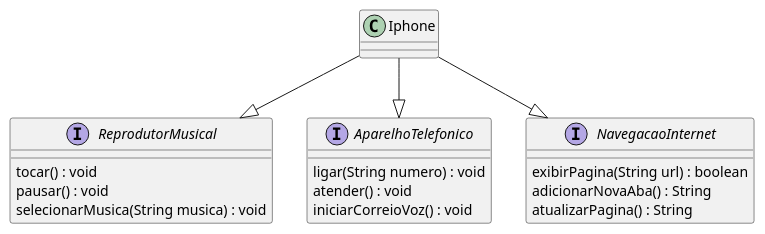
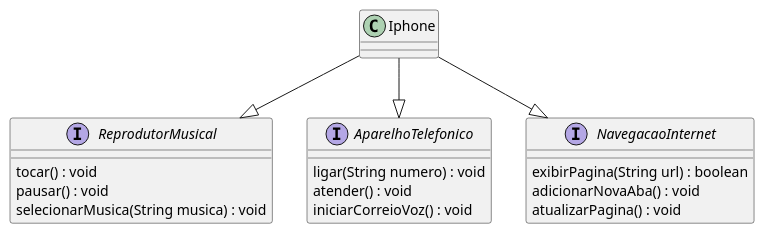
The diagram in Projetos/ProjetoIphone/uml/class.puml (anthonnylima/Dio-trilha_JavaBasico), drawn with PlantUML before and after one commit.

```diff
--- a/Projetos/ProjetoIphone/uml/class.puml
+++ b/Projetos/ProjetoIphone/uml/class.puml
@@ -1,32 +1,32 @@
 @startuml
 
 class Iphone
 
 
 interface ReprodutorMusical
 interface AparelhoTelefonico
 interface NavegacaoInternet
 
 interface ReprodutorMusical{
     tocar() : void
     pausar() : void
     selecionarMusica(String musica) : void
 }
 
 interface AparelhoTelefonico{
     ligar(String numero) : void
     atender() : void
     iniciarCorreioVoz() : void
 }
 
 interface NavegacaoInternet{
     exibirPagina(String url) : boolean
-    adicionarNovaAba() : String
-    atualizarPagina() : String
+    adicionarNovaAba() : void
+    atualizarPagina() : void
 }
 
 Iphone--|>AparelhoTelefonico
 Iphone--|>NavegacaoInternet
 Iphone--|>ReprodutorMusical
 
 @enduml
```
